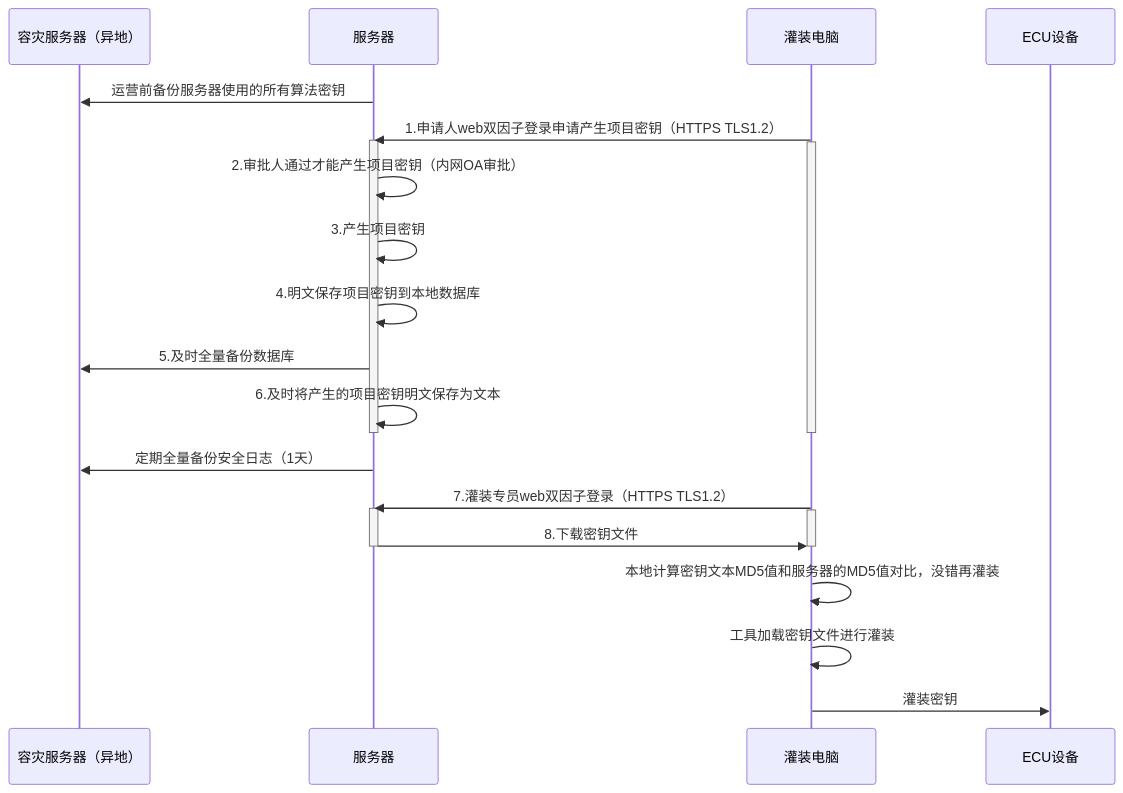
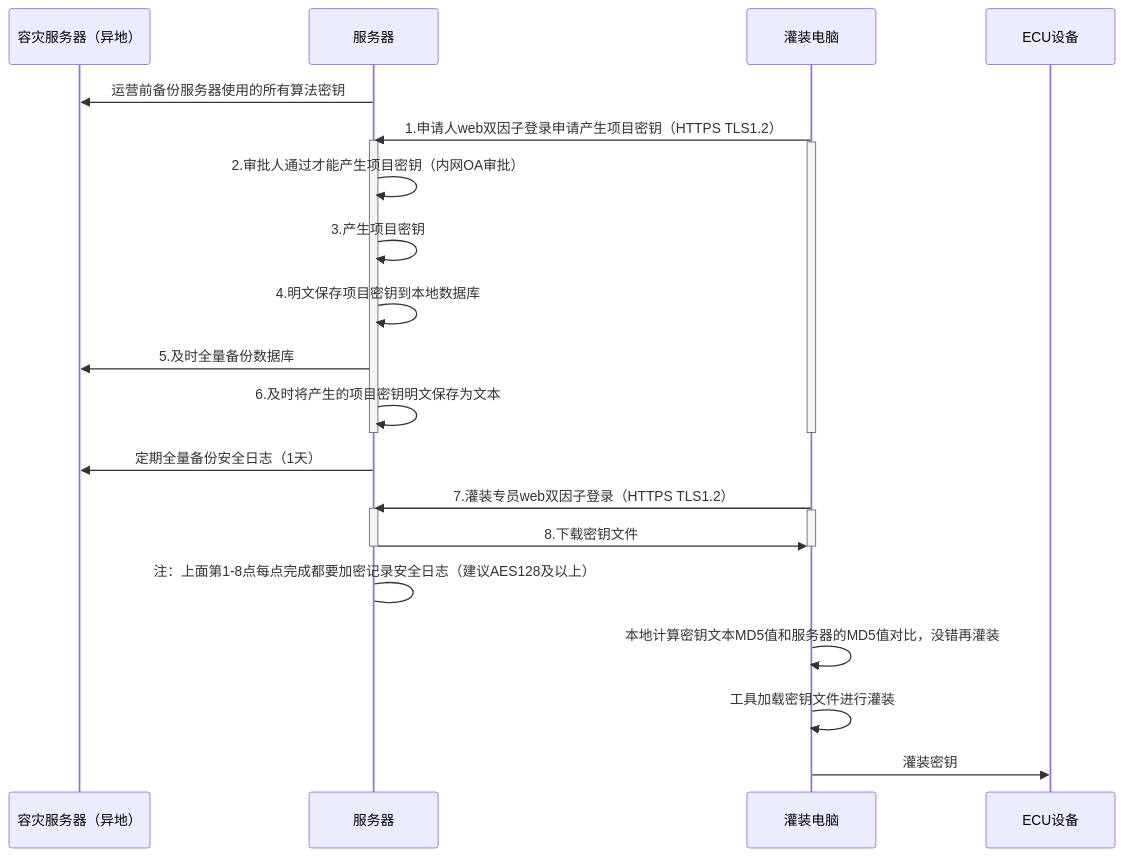
The diagram in all/未命名-17.md (facebook-cloud/iodraw-files), drawn with Mermaid before and after one commit.

Commit message:
2026-03-06 10:17:34 update

````diff
--- a/all/未命名-17.md
+++ b/all/未命名-17.md
@@ -1,34 +1,34 @@
 ```mermaid
 sequenceDiagram
     participant A as 容灾服务器（异地）
     participant B as 服务器
     participant D as 灌装电脑
     participant E as ECU设备
 
     B->>A: 运营前备份服务器使用的所有算法密钥
     D->>B: 1.申请人web双因子登录申请产生项目密钥（HTTPS TLS1.2）
     activate B
     activate D
     B->>B: 2.审批人通过才能产生项目密钥（内网OA审批）
     B->>B: 3.产生项目密钥
     B->>B: 4.明文保存项目密钥到本地数据库
     B->>A: 5.及时全量备份数据库
     B->>B: 6.及时将产生的项目密钥明文保存为文本
     deactivate B
     deactivate D
 
     B->>A: 定期全量备份安全日志（1天）
     
     D->>B: 7.灌装专员web双因子登录（HTTPS TLS1.2）
     activate B
     activate D
     B->>D: 8.下载密钥文件
     deactivate B
     deactivate D
-    
+    B->B: 注：上面第1-8点每点完成都要加密记录安全日志（建议AES128及以上）
 
     D->>D:本地计算密钥文本MD5值和服务器的MD5值对比，没错再灌装
     D->>D:工具加载密钥文件进行灌装
     
     D->>E: 灌装密钥
 ```
````
